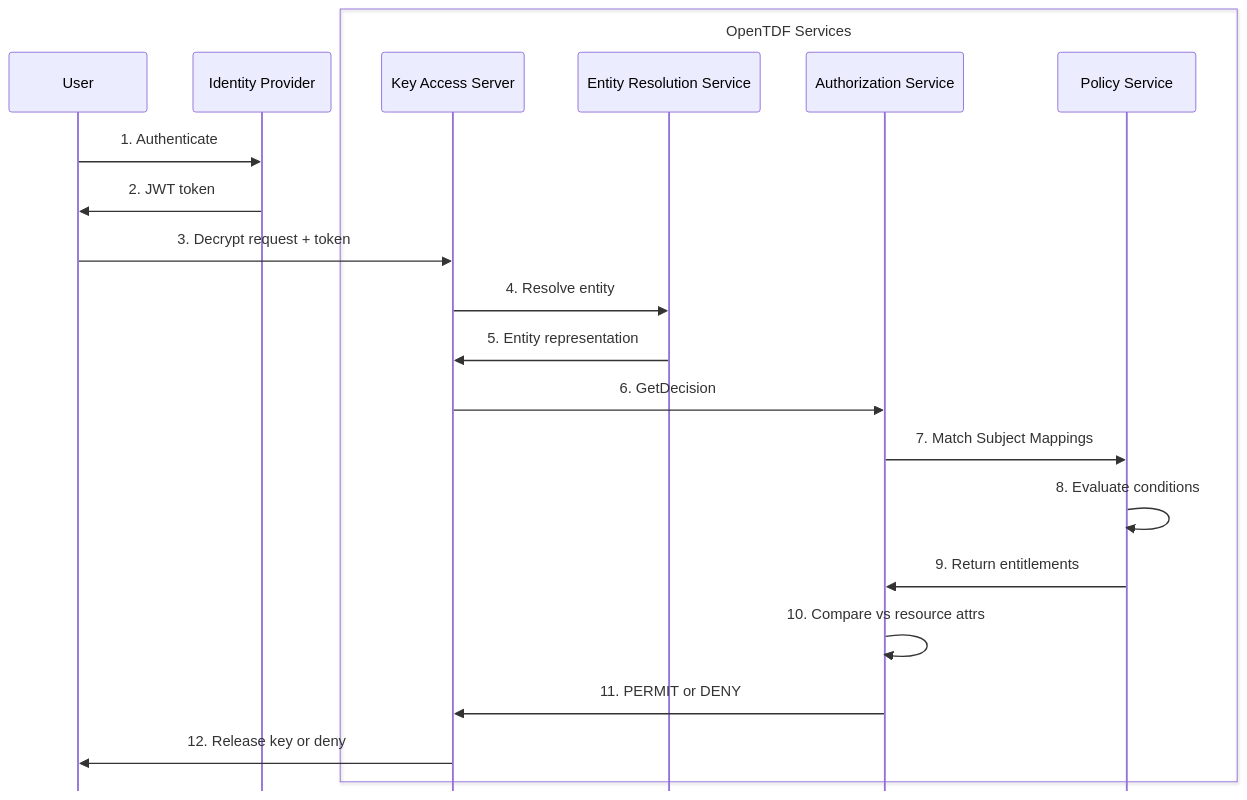
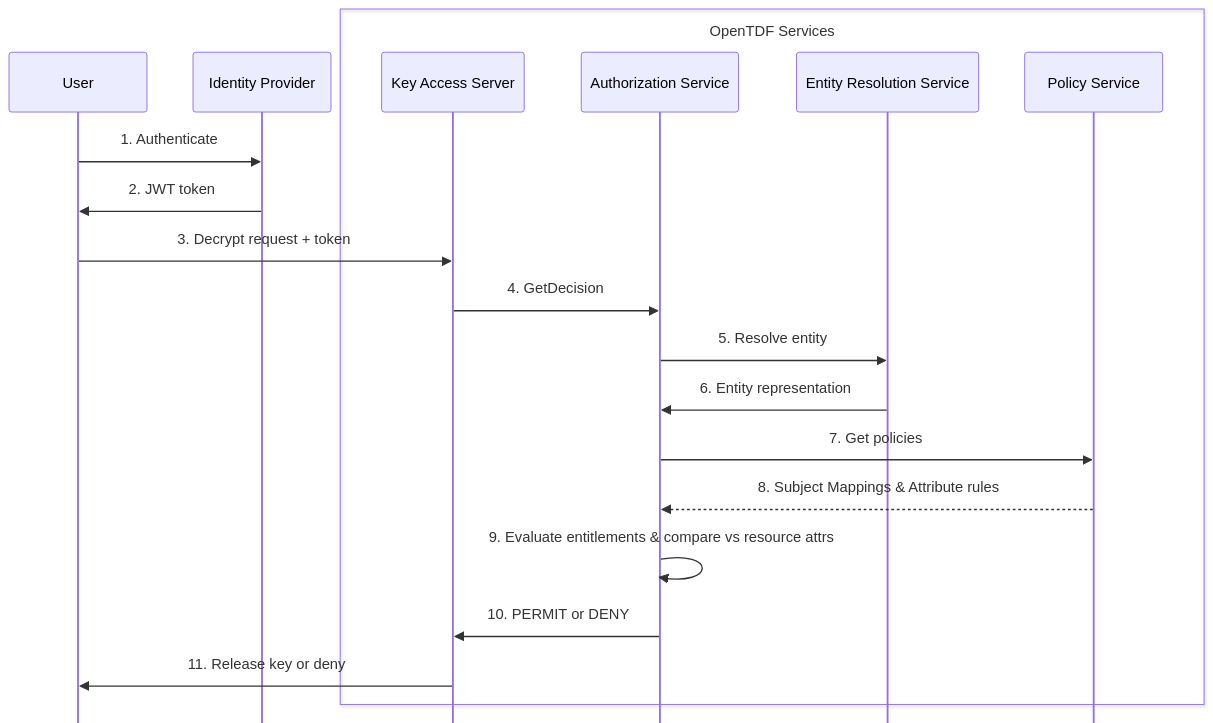
One commit to opentdf/docs changed the diagram in docs/guides/subject-mapping-guide.md. Above: the diagram before and after it, drawn with Mermaid. The commit also changed other lines of this file, not shown here.

First line of the commit message:
fix: address review feedback on subject mapping guide (#229)

````diff
--- a/docs/guides/subject-mapping-guide.md
+++ b/docs/guides/subject-mapping-guide.md
@@ -61,29 +42,28 @@
 ```mermaid
 %%{init: {'sequence': {'boxMargin': 20, 'mirrorActors': false}}}%%
 sequenceDiagram
     participant User
     participant IdP as Identity Provider
     box OpenTDF Services
         participant KAS as Key Access Server
+        participant Auth as Authorization Service
         participant ERS as Entity Resolution Service
-        participant Auth as Authorization Service
         participant Policy as Policy Service
     end
 
     User->>IdP: 1. Authenticate
     IdP->>User: 2. JWT token
 
     User->>KAS: 3. Decrypt request + token
-    KAS->>ERS: 4. Resolve entity
-    ERS->>KAS: 5. Entity representation
+    KAS->>Auth: 4. GetDecision
 
-    KAS->>Auth: 6. GetDecision
-    Auth->>Policy: 7. Match Subject Mappings
+    Auth->>ERS: 5. Resolve entity
+    ERS->>Auth: 6. Entity representation
 
-    Policy->>Policy: 8. Evaluate conditions
-    Policy->>Auth: 9. Return entitlements
+    Auth->>Policy: 7. Get policies
+    Policy-->>Auth: 8. Subject Mappings & Attribute rules
 
-    Auth->>Auth: 10. Compare vs resource attrs
-    Auth->>KAS: 11. PERMIT or DENY
-    KAS->>User: 12. Release key or deny
+    Auth->>Auth: 9. Evaluate entitlements & compare vs resource attrs
+    Auth->>KAS: 10. PERMIT or DENY
+    KAS->>User: 11. Release key or deny
 ```
````
